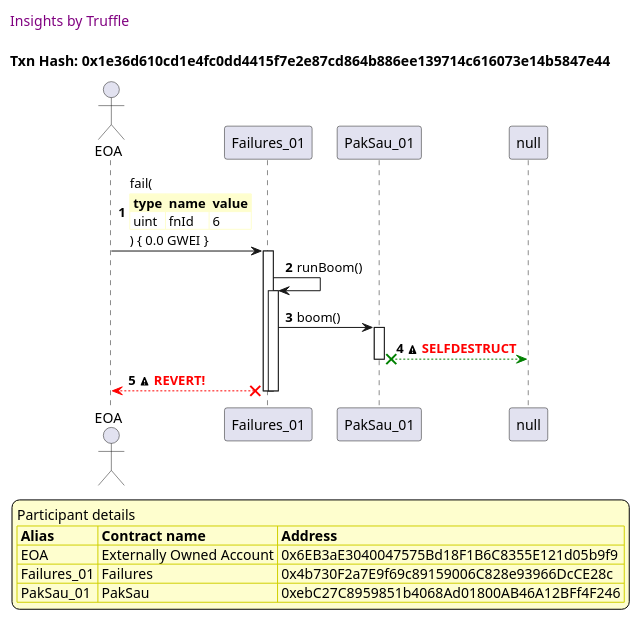
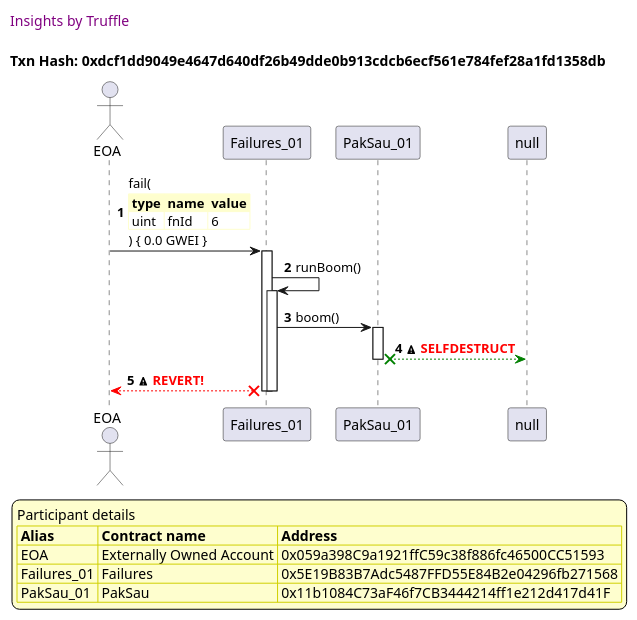
The seventh of 12 diagrams in truffle-seq/failures.test.md (trufflesuite/txlog-seedlings), drawn with PlantUML before and after one commit. The commit also changed other lines of this file and 8 other files, not shown here.

````diff
--- a/truffle-seq/failures.test.md
+++ b/truffle-seq/failures.test.md
@@ -346,47 +346,47 @@
 ```plantuml
 
 
 @startuml
 
 autonumber
 skinparam legendBackgroundColor #FEFECE
 
 <style>
       header {
         HorizontalAlignment left
         FontColor purple
         FontSize 14
         Padding 10
       }
     </style>
 
 header Insights by Truffle
 
-title Txn Hash: 0x1e36d610cd1e4fc0dd4415f7e2e87cd864b886ee139714c616073e14b5847e44
+title Txn Hash: 0xdcf1dd9049e4647d640df26b49dde0b913cdcb6ecf561e784fef28a1fd1358db
 
 
 actor EOA as "EOA"
 participant Failures_01 as "Failures_01"
 participant PakSau_01 as "PakSau_01"
 
 "EOA" -> "Failures_01" ++: fail(\n\
 <#FEFECE,#FEFECE>|= type |= name |= value |\n\
 | uint | fnId | 6 |\n\
 ) { 0.0 GWEI }
 "Failures_01" -> "Failures_01" ++: runBoom()
 "Failures_01" -> "PakSau_01" ++: boom()
 "PakSau_01" x-[#green]-> "null" --: <&warning> <color #red>**SELFDESTRUCT**</color>
 "Failures_01" x-[#red]-> "EOA" --: <&warning> <color #red>**REVERT!**</color>
 deactivate "Failures_01"
 deactivate "Failures_01"
 
 legend
 Participant details
 <#FEFECE,#D0D000>|= Alias |= Contract name |= Address |
-<#FEFECE>| EOA | Externally Owned Account | 0x6EB3aE3040047575Bd18F1B6C8355E121d05b9f9 |
-<#FEFECE>| Failures_01 | Failures | 0x4b730F2a7E9f69c89159006C828e93966DcCE28c |
-<#FEFECE>| PakSau_01 | PakSau | 0xebC27C8959851b4068Ad01800AB46A12BFf4F246 |
+<#FEFECE>| EOA | Externally Owned Account | 0x059a398C9a1921ffC59c38f886fc46500CC51593 |
+<#FEFECE>| Failures_01 | Failures | 0x5E19B83B7Adc5487FFD55E84B2e04296fb271568 |
+<#FEFECE>| PakSau_01 | PakSau | 0x11b1084C73aF46f7CB3444214ff1e212d417d41F |
 endlegend
 
 @enduml
 ```
````
